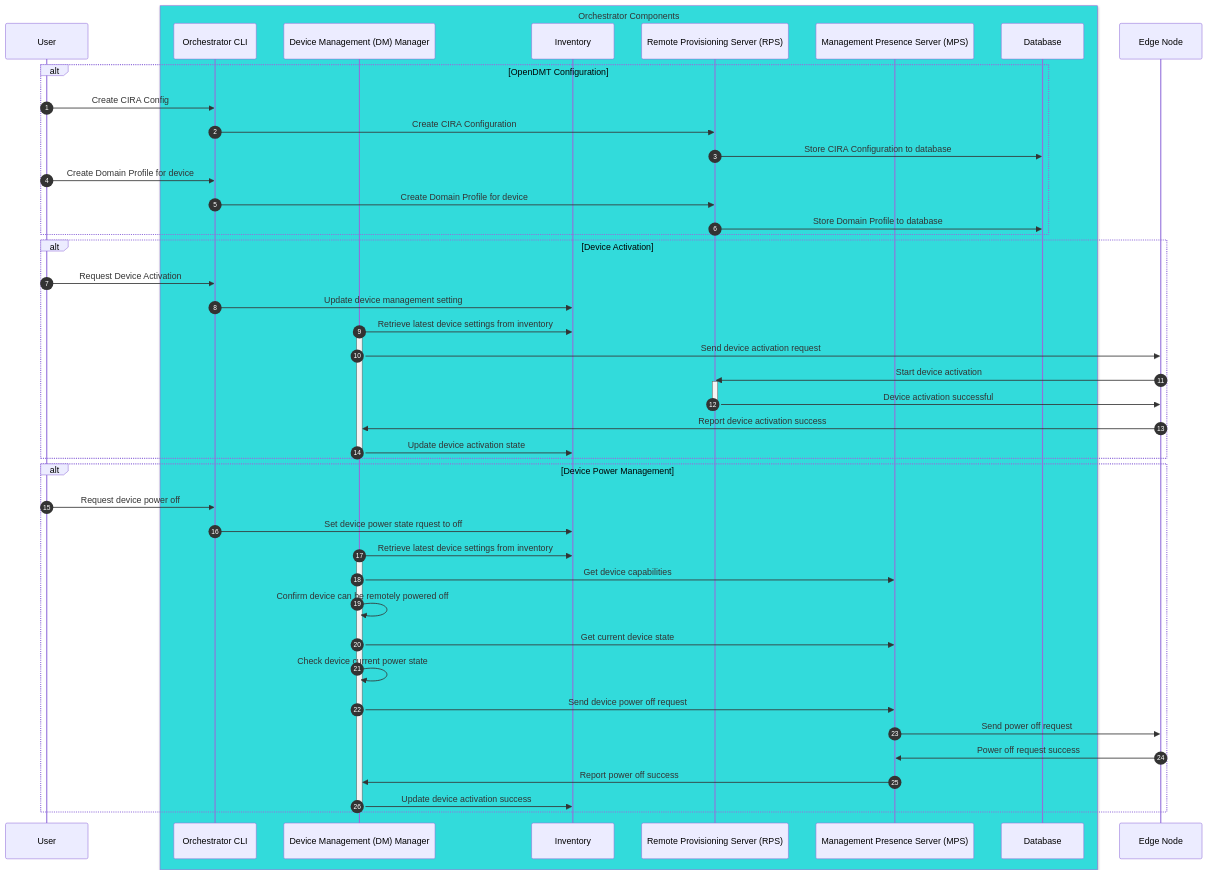
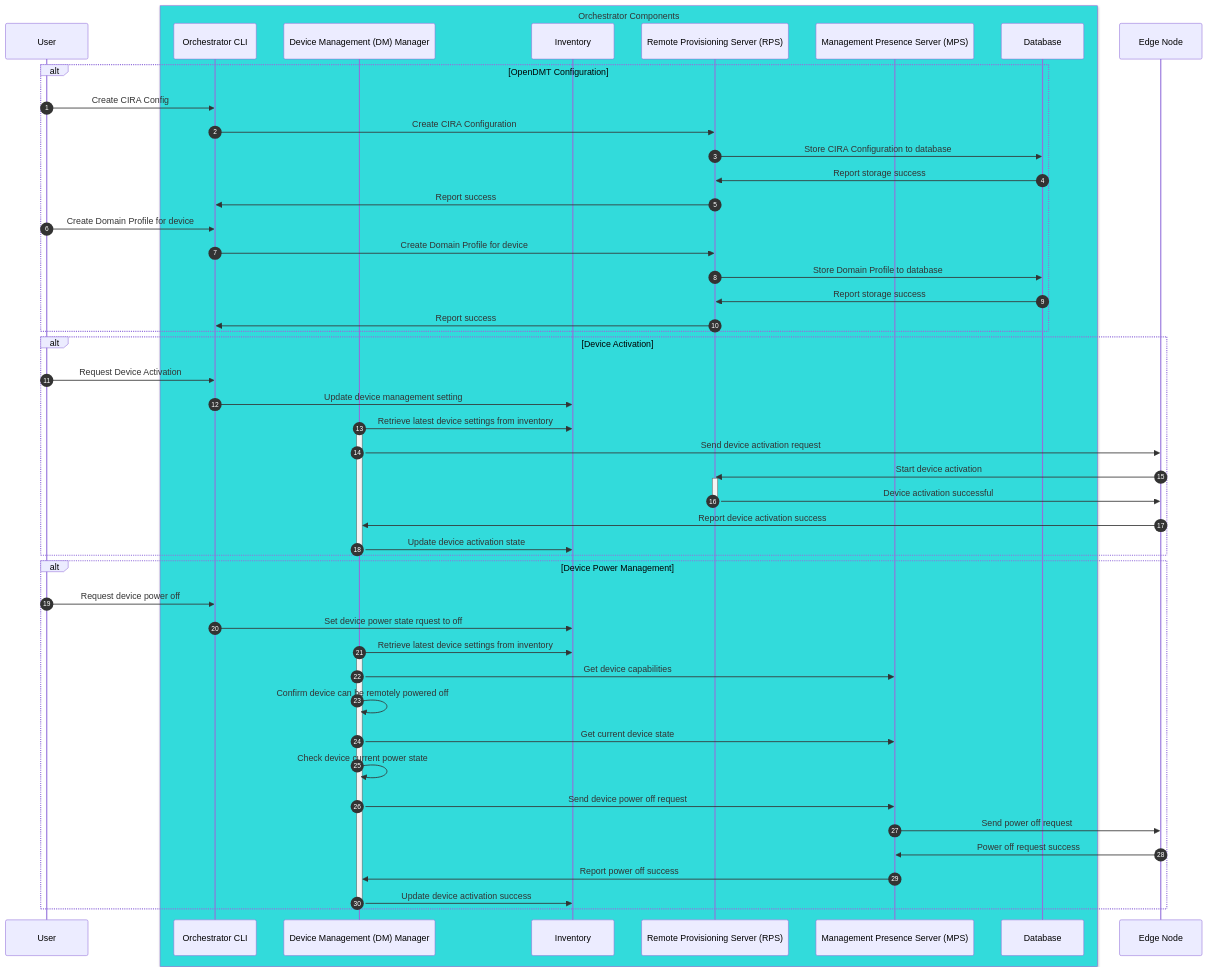
The first of 2 diagrams in design-proposals/vpro-eim-modular-decomposition.md (open-edge-platform/edge-manageability-framework), drawn with Mermaid before and after one commit. The commit also changed other lines of this file and 1 other file, not shown here.

````diff
--- a/design-proposals/vpro-eim-modular-decomposition.md
+++ b/design-proposals/vpro-eim-modular-decomposition.md
@@ -79,52 +80,56 @@
 ```mermaid
 sequenceDiagram
   autonumber
   participant US as User
   box rgba(50, 219, 219, 1) Orchestrator Components
     participant CLI as Orchestrator CLI
     participant DM as Device Management (DM) Manager
     participant INV as Inventory
     participant RPS as Remote Provisioning Server (RPS)
     participant MPS as Management Presence Server (MPS)
     participant DB as Database
   end
   participant EN as Edge Node
   alt OpenDMT Configuration
     US ->> CLI: Create CIRA Config
     CLI ->> RPS: Create CIRA Configuration
     RPS ->> DB: Store CIRA Configuration to database
+    DB ->> RPS: Report storage success
+    RPS ->> CLI: Report success
     US ->> CLI: Create Domain Profile for device
     CLI ->> RPS: Create Domain Profile for device
     RPS ->> DB: Store Domain Profile to database
+    DB ->> RPS: Report storage success
+    RPS ->> CLI: Report success
   end
   alt Device Activation
     US ->> CLI: Request Device Activation
     CLI ->> INV: Update device management setting
     DM ->> INV: Retrieve latest device settings from inventory
     activate DM
     DM ->> EN: Send device activation request
     EN ->> RPS: Start device activation
     activate RPS
     RPS ->> EN: Device activation successful
     deactivate RPS
     EN ->> DM: Report device activation success
     DM ->> INV: Update device activation state
     deactivate DM
   end
   alt Device Power Management
     US ->> CLI: Request device power off
     CLI ->> INV: Set device power state rquest to off
     DM ->> INV: Retrieve latest device settings from inventory
     activate DM
     DM ->> MPS: Get device capabilities
     DM ->> DM: Confirm device can be remotely powered off
     DM ->> MPS: Get current device state
     DM ->> DM: Check device current power state
     DM ->> MPS: Send device power off request
     MPS ->> EN: Send power off request
     EN ->> MPS: Power off request success
     MPS ->> DM: Report power off success
     DM ->> INV: Update device activation success
     deactivate DM
   end
 ```
````
